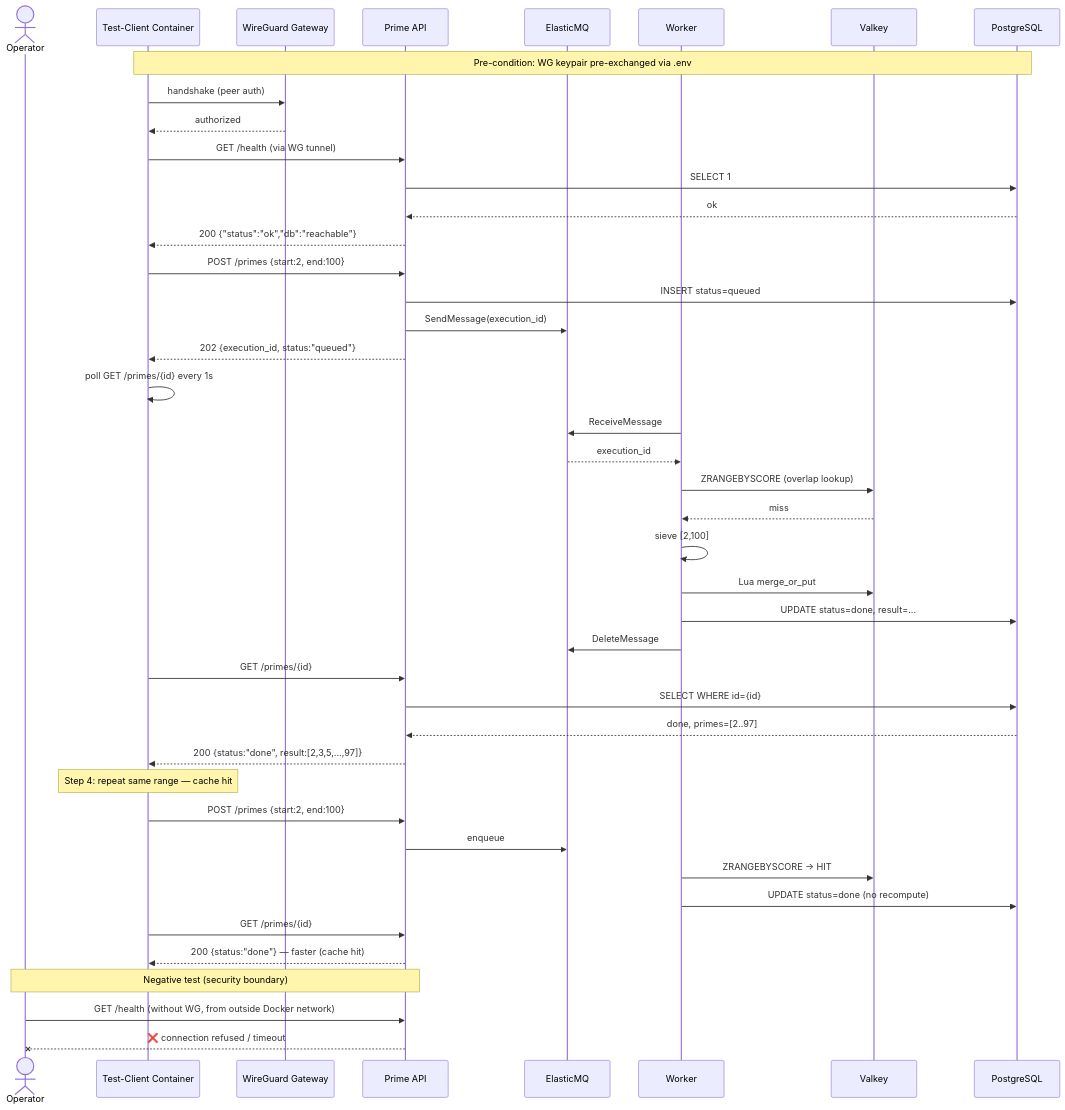
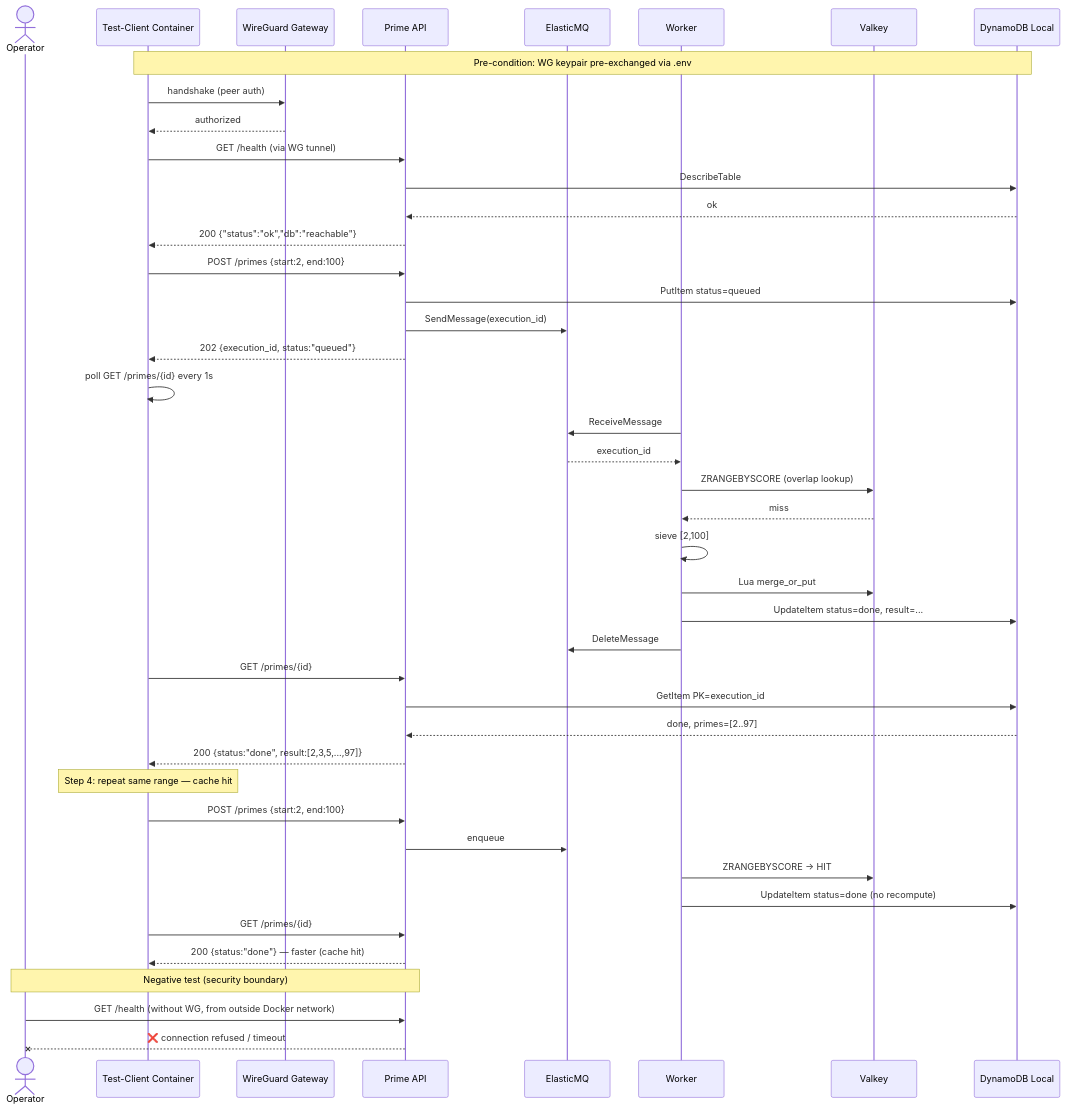
The third of 3 diagrams in README.md (BinHsu/aegis-enclave), drawn with Mermaid before and after one commit. The commit also changed other lines of this file and 60 other files, not shown here.

````diff
--- a/README.md
+++ b/README.md
@@ -339,52 +371,52 @@
 ```mermaid
 sequenceDiagram
     actor Op as Operator
     participant TC as Test-Client Container
     participant WG as WireGuard Gateway
     participant API as Prime API
     participant SQS as ElasticMQ
     participant WK as Worker
     participant VK as Valkey
-    participant DB as PostgreSQL
+    participant DB as DynamoDB Local
 
     Note over TC,DB: Pre-condition: WG keypair pre-exchanged via .env
 
     TC->>WG: handshake (peer auth)
     WG-->>TC: authorized
 
     TC->>API: GET /health (via WG tunnel)
-    API->>DB: SELECT 1
+    API->>DB: DescribeTable
     DB-->>API: ok
     API-->>TC: 200 {"status":"ok","db":"reachable"}
 
     TC->>API: POST /primes {start:2, end:100}
-    API->>DB: INSERT status=queued
+    API->>DB: PutItem status=queued
     API->>SQS: SendMessage(execution_id)
     API-->>TC: 202 {execution_id, status:"queued"}
 
     TC->>TC: poll GET /primes/{id} every 1s
     WK->>SQS: ReceiveMessage
     SQS-->>WK: execution_id
     WK->>VK: ZRANGEBYSCORE (overlap lookup)
     VK-->>WK: miss
     WK->>WK: sieve [2,100]
     WK->>VK: Lua merge_or_put
-    WK->>DB: UPDATE status=done, result=...
+    WK->>DB: UpdateItem status=done, result=...
     WK->>SQS: DeleteMessage
     TC->>API: GET /primes/{id}
-    API->>DB: SELECT WHERE id={id}
+    API->>DB: GetItem PK=execution_id
     DB-->>API: done, primes=[2..97]
     API-->>TC: 200 {status:"done", result:[2,3,5,...,97]}
 
     Note over TC: Step 4: repeat same range — cache hit
     TC->>API: POST /primes {start:2, end:100}
     API->>SQS: enqueue
     WK->>VK: ZRANGEBYSCORE → HIT
-    WK->>DB: UPDATE status=done (no recompute)
+    WK->>DB: UpdateItem status=done (no recompute)
     TC->>API: GET /primes/{id}
     API-->>TC: 200 {status:"done"} — faster (cache hit)
 
     Note over Op,API: Negative test (security boundary)
     Op->>API: GET /health (without WG, from outside Docker network)
     API--xOp: ❌ connection refused / timeout
 ```
````
